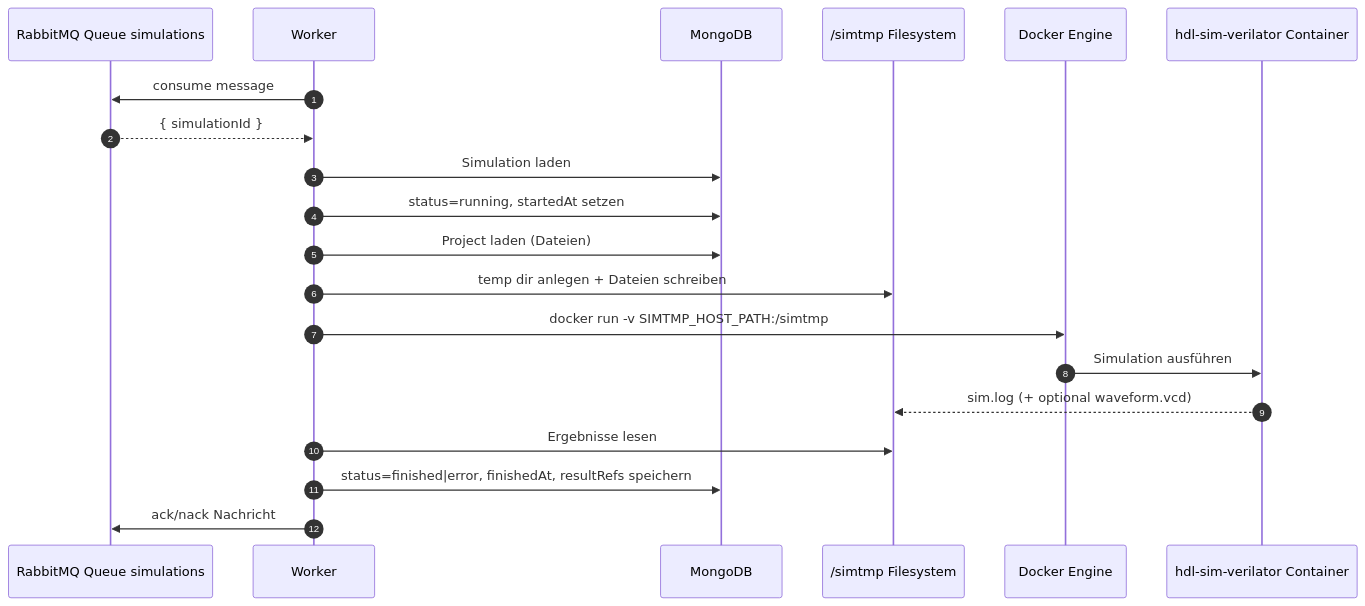
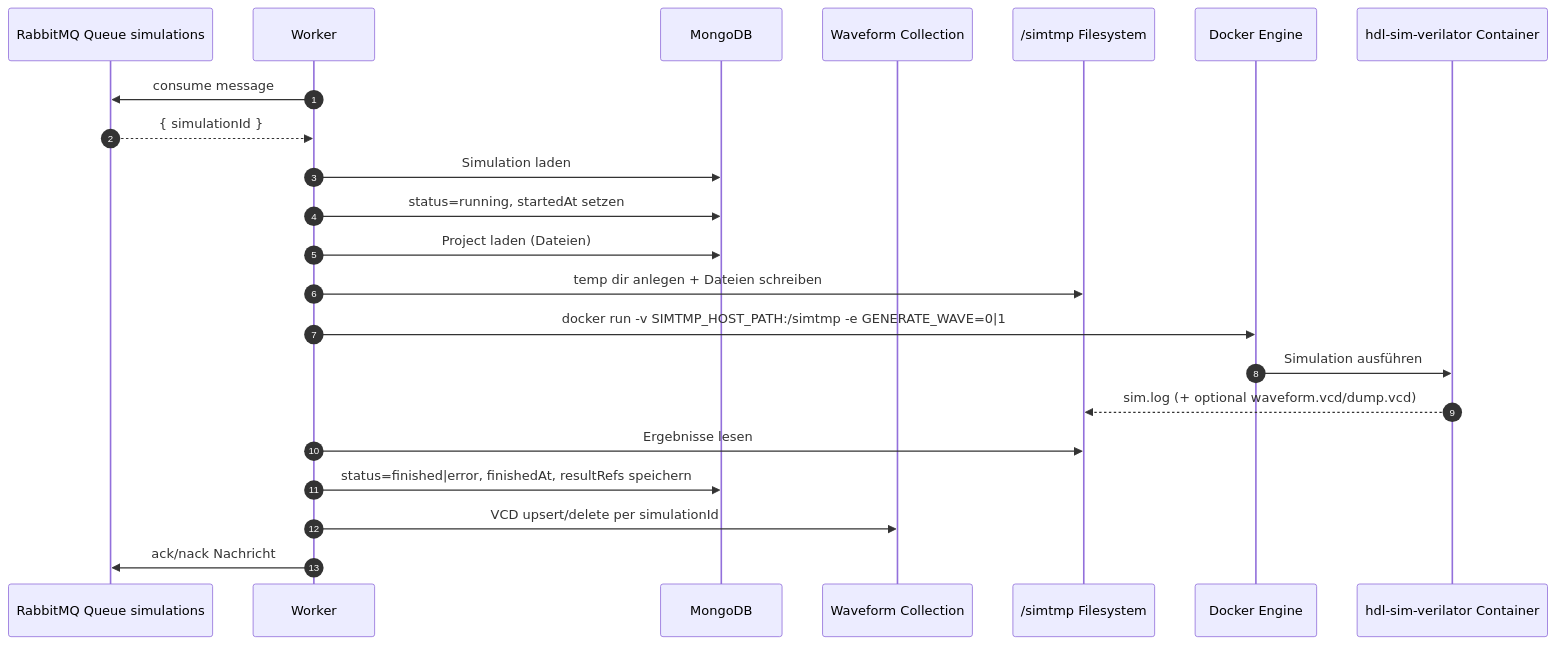
One commit to TrainWayne97/HDLab changed the first of 2 diagrams in apps/worker/README.md. Above: the diagram before and after it, drawn with Mermaid. The commit also changed other lines of this file and 3 other files, not shown here.

````diff
--- a/apps/worker/README.md
+++ b/apps/worker/README.md
@@ -39,26 +39,28 @@
 ```mermaid
 sequenceDiagram
 	 autonumber
 	 participant MQ as RabbitMQ Queue simulations
 	 participant W as Worker
 	 participant DB as MongoDB
+	 participant WF as Waveform Collection
 	 participant FS as /simtmp Filesystem
 	 participant D as Docker Engine
 	 participant VC as hdl-sim-verilator Container
 
 	 W->>MQ: consume message
 	 MQ-->>W: { simulationId }
 
 	 W->>DB: Simulation laden
 	 W->>DB: status=running, startedAt setzen
 	 W->>DB: Project laden (Dateien)
 
 	 W->>FS: temp dir anlegen + Dateien schreiben
-	 W->>D: docker run -v SIMTMP_HOST_PATH:/simtmp
+	 W->>D: docker run -v SIMTMP_HOST_PATH:/simtmp -e GENERATE_WAVE=0|1
 	 D->>VC: Simulation ausführen
-	 VC-->>FS: sim.log (+ optional waveform.vcd)
+	 VC-->>FS: sim.log (+ optional waveform.vcd/dump.vcd)
 
 	 W->>FS: Ergebnisse lesen
 	 W->>DB: status=finished|error, finishedAt, resultRefs speichern
+	 W->>WF: VCD upsert/delete per simulationId
 	 W->>MQ: ack/nack Nachricht
 ```
````
